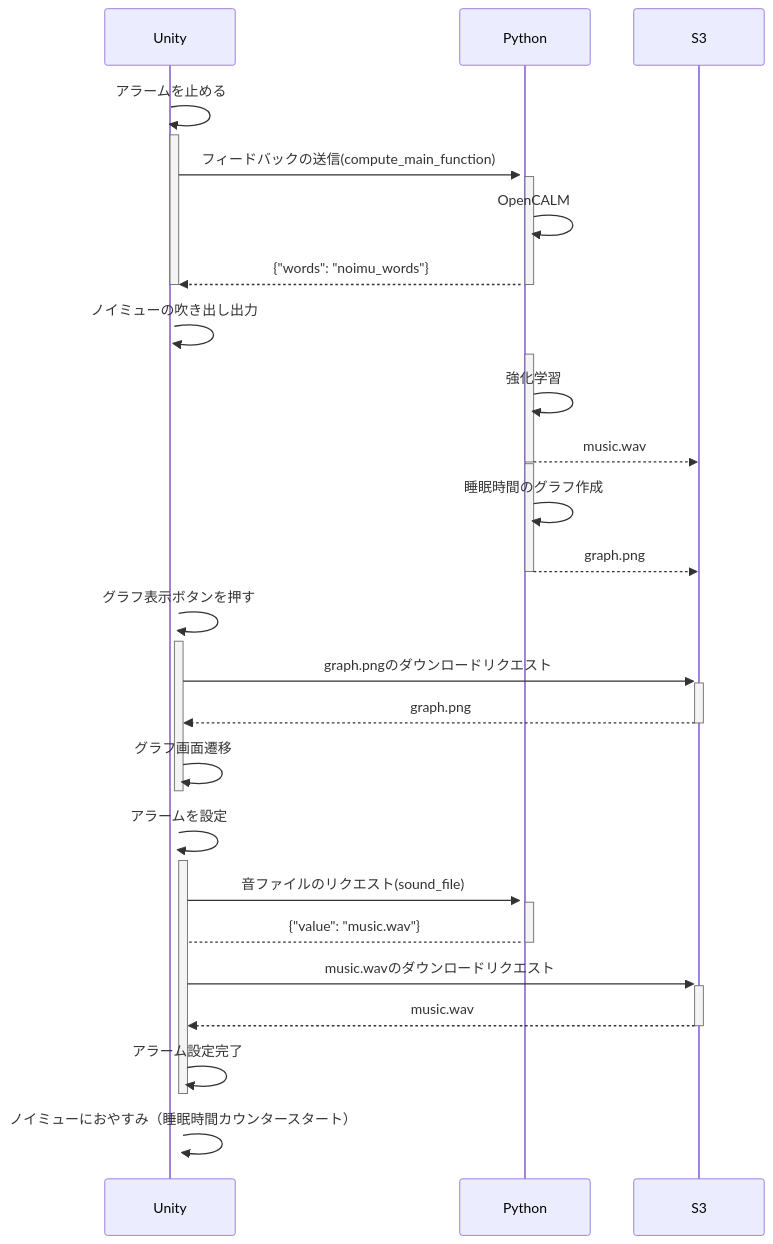
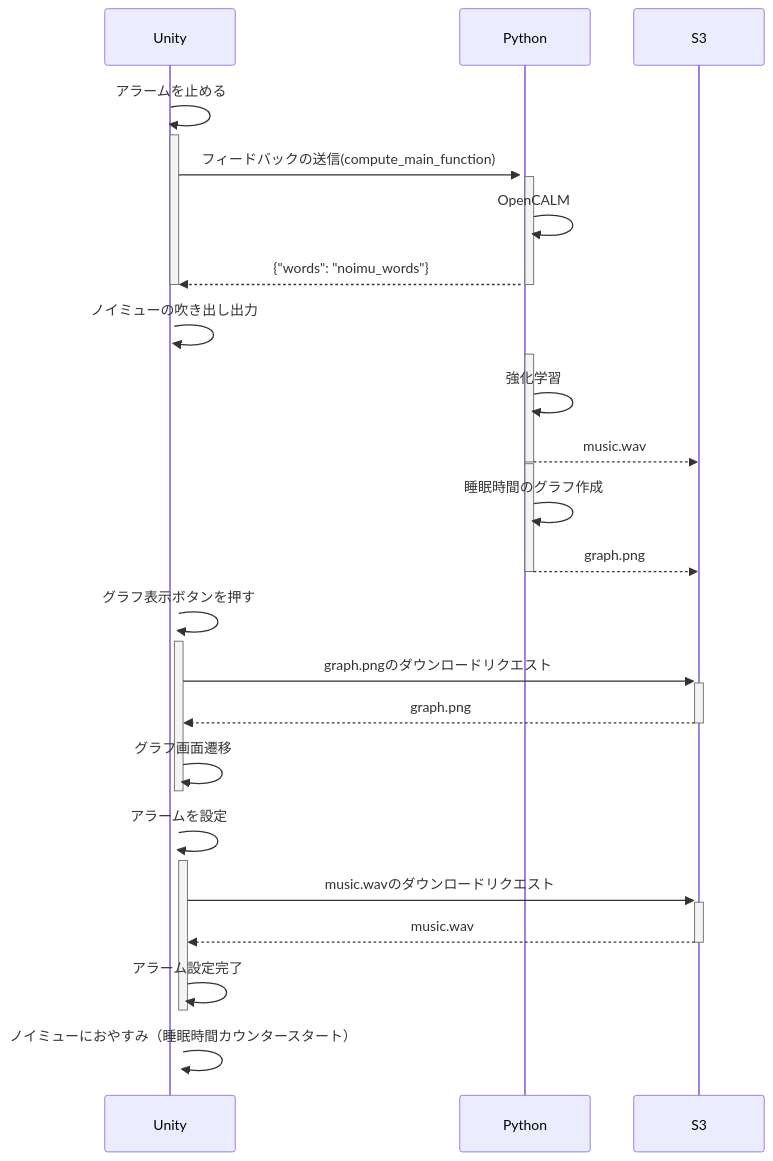
One commit to yudaisugiyama/Noimu changed the diagram in README.md. Above: the diagram before and after it, drawn with Mermaid. The commit also changed other lines of this file, not shown here.

````diff
--- a/README.md
+++ b/README.md
@@ -4,44 +4,42 @@
 ```mermaid
 sequenceDiagram
     participant Unity
     participant Python
     participant S3
 
     Unity->>+Unity: アラームを止める
     activate Unity
     Unity->>+Python: フィードバックの送信(compute_main_function)
     activate Python
     Python->>Python: OpenCALM
     Python-->>Unity: {"words": "noimu_words"}
     deactivate Unity
     deactivate Python
     Unity->>+Unity: ノイミューの吹き出し出力
     activate Python
     Python->>Python: 強化学習
     Python-->>S3: music.wav
 
     deactivate Python
     activate Python
     Python->>Python: 睡眠時間のグラフ作成
     Python-->>S3: graph.png
     deactivate Python
 
     Unity->>Unity: グラフ表示ボタンを押す
     activate Unity
     Unity->>+S3: graph.pngのダウンロードリクエスト
     S3-->>-Unity: graph.png
     Unity->>Unity: グラフ画面遷移
     deactivate Unity
 
     Unity->>+Unity: アラームを設定
     activate Unity
-    Unity->>+Python: 音ファイルのリクエスト(sound_file)
-    Python-->-Unity: {"value": "music.wav"}
     activate Python
     Unity->>+S3: music.wavのダウンロードリクエスト
     S3-->>-Unity: music.wav
     Unity->>Unity: アラーム設定完了
     deactivate Unity
 
     Unity->>+Unity: ノイミューにおやすみ（睡眠時間カウンタースタート）
 ```
````
